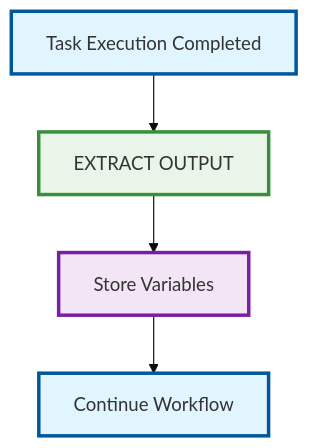
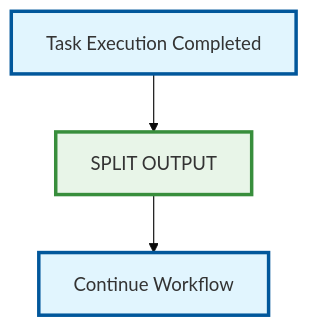
Before and after one commit to bastelbude1/Tasker: diagram 15 of 15 in TaskER_FlowChart.md, drawn with Mermaid.

Commit message:
Fix: Remove unimplemented Store Variables from Output Processing Block
- Removed 'Store Variables' step from Output Processing Block graph
- Changed 'EXTRACT OUTPUT' to 'SPLIT OUTPUT' to accurately reflect current functionality
- Simplified flow: Task Execution Completed → Split Output → Continue Workflow
- Graph now accurately represents only implemented stdout_split/stderr_split functionality
- Removes reference to planned var_* feature that is not yet supported

🤖 Generated with [Claude Code](https://claude.ai/code)

````diff
--- a/TaskER_FlowChart.md
+++ b/TaskER_FlowChart.md
@@ -763,12 +763,10 @@
 ```mermaid
 %%{init: {'theme':'base', 'themeVariables': {'primaryColor':'#ffffff'}}}%%
 flowchart TD
-    A[Task Execution Completed] --> B[EXTRACT OUTPUT]
-    B --> C[Store Variables]
-    C --> D[Continue Workflow]
+    A[Task Execution Completed] --> B[SPLIT OUTPUT]
+    B --> C[Continue Workflow]
 
     style A fill:#e1f5fe,stroke:#01579b,stroke-width:3px
     style B fill:#e8f5e8,stroke:#388e3c,stroke-width:3px
-    style C fill:#f3e5f5,stroke:#7b1fa2,stroke-width:3px
-    style D fill:#e1f5fe,stroke:#01579b,stroke-width:3px
+    style C fill:#e1f5fe,stroke:#01579b,stroke-width:3px
 ```
````
